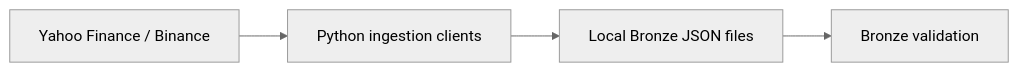
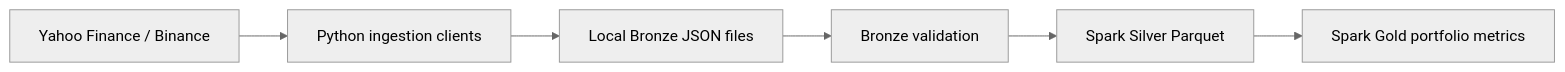
One commit to minhphamnhat95/Portfolio-DataFlow changed the diagram in README.md. Above: the diagram before and after it, drawn with Mermaid (neutral theme). The commit also changed other lines of this file and 5 other files, not shown here.

````diff
--- a/README.md
+++ b/README.md
@@ -5,6 +5,8 @@
 ```mermaid
 flowchart LR
   A[Yahoo Finance / Binance] --> B[Python ingestion clients]
   B --> C[Local Bronze JSON files]
   C --> D[Bronze validation]
+  D --> E[Spark Silver Parquet]
+  E --> F[Spark Gold portfolio metrics]
 ```
````
